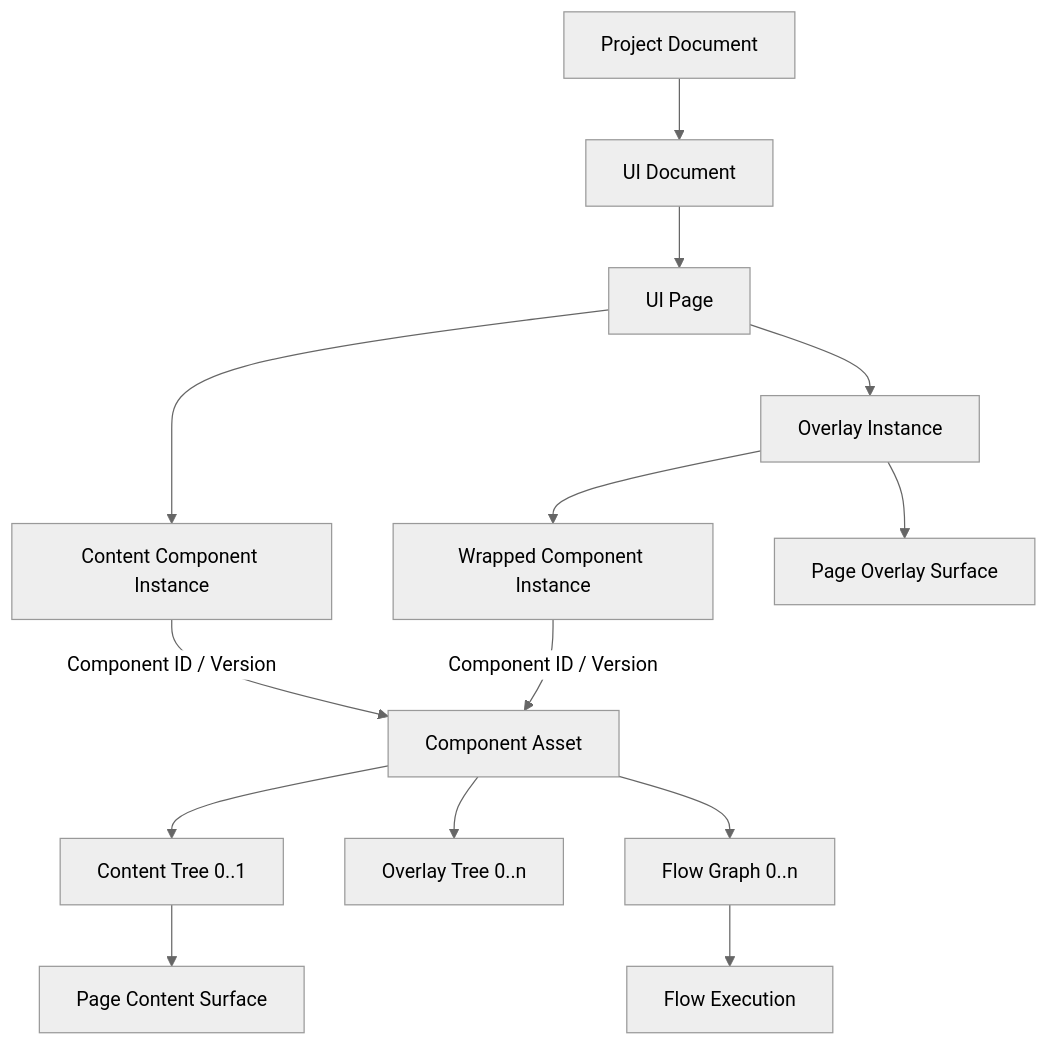
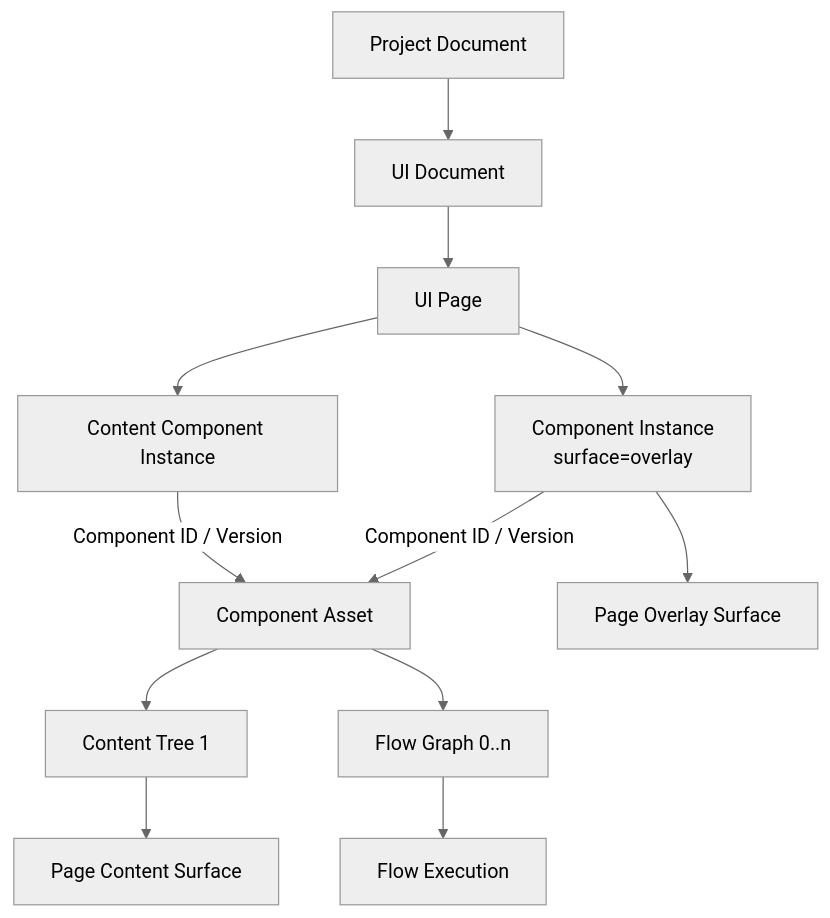
One commit to northwest-hcu/FlagShip changed the second of 5 diagrams in docs/architecture/04-project-document-model.md. Above: the diagram before and after it, drawn with Mermaid (neutral theme). The commit also changed other lines of this file and 46 other files, not shown here.

````diff
--- a/docs/architecture/04-project-document-model.md
+++ b/docs/architecture/04-project-document-model.md
@@ -270,18 +266,16 @@
 ```mermaid
 flowchart TB
     Project["Project Document"] --> UI["UI Document"]
     UI --> Page["UI Page"]
     Page --> Instance["Content Component Instance"]
-    Page --> OverlayInstance["Overlay Instance"]
-    OverlayInstance --> WrappedInstance["Wrapped Component Instance"]
+    Page --> OverlayComponent["Component Instance<br/>surface=overlay"]
 
     Instance -->|"Component ID / Version"| Component["Component Asset"]
-    WrappedInstance -->|"Component ID / Version"| Component
-    Component --> Content["Content Tree 0..1"]
-    Component --> Overlay["Overlay Tree 0..n"]
+    OverlayComponent -->|"Component ID / Version"| Component
+    Component --> Content["Content Tree 1"]
     Component --> Graph["Flow Graph 0..n"]
 
     Content --> PageContent["Page Content Surface"]
-    OverlayInstance --> PageOverlay["Page Overlay Surface"]
+    OverlayComponent --> PageOverlay["Page Overlay Surface"]
     Graph --> Execution["Flow Execution"]
 ```
````
